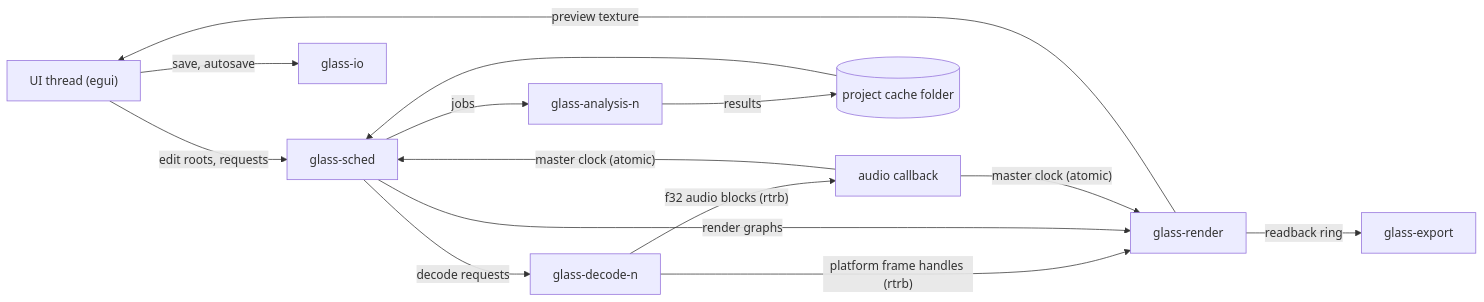
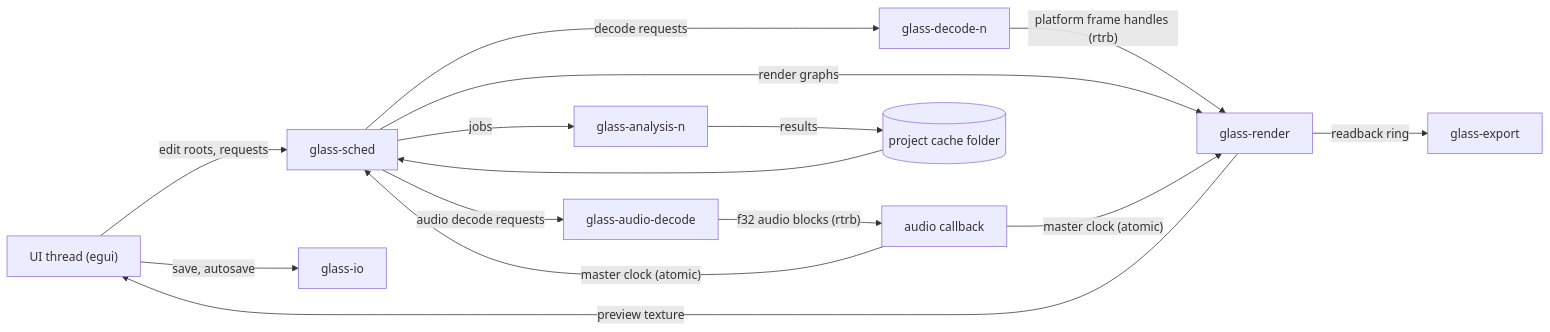
The second of 6 diagrams in docs/ARCHITECTURE.md (RayenTellissy/glass), drawn with Mermaid before and after one commit. The commit also changed other lines of this file, not shown here.

Commit message:
docs: tighten architecture after phase 0 review

````diff
--- a/docs/ARCHITECTURE.md
+++ b/docs/ARCHITECTURE.md
@@ -119,16 +122,17 @@
 ```mermaid
 flowchart LR
     UI["UI thread (egui)"] -->|"edit roots, requests"| SCHED[glass-sched]
     SCHED -->|"decode requests"| DEC["glass-decode-n"]
     DEC -->|"platform frame handles (rtrb)"| REND[glass-render]
     SCHED -->|"render graphs"| REND
     REND -->|"preview texture"| UI
-    DEC -->|"f32 audio blocks (rtrb)"| AUD["audio callback"]
+    SCHED -->|"audio decode requests"| ADEC[glass-audio-decode]
+    ADEC -->|"f32 audio blocks (rtrb)"| AUD["audio callback"]
     AUD -->|"master clock (atomic)"| SCHED
     AUD -->|"master clock (atomic)"| REND
     SCHED -->|"jobs"| ANA["glass-analysis-n"]
     ANA -->|"results"| CACHE[("project cache folder")]
     CACHE --> SCHED
     REND -->|"readback ring"| EXP[glass-export]
     UI -->|"save, autosave"| IO[glass-io]
 ```
````
